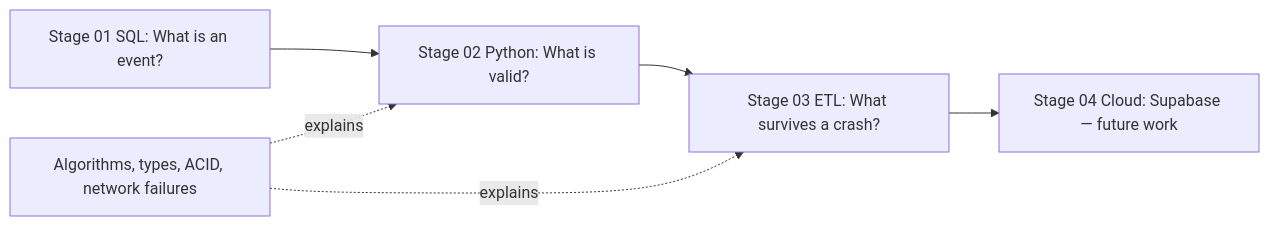
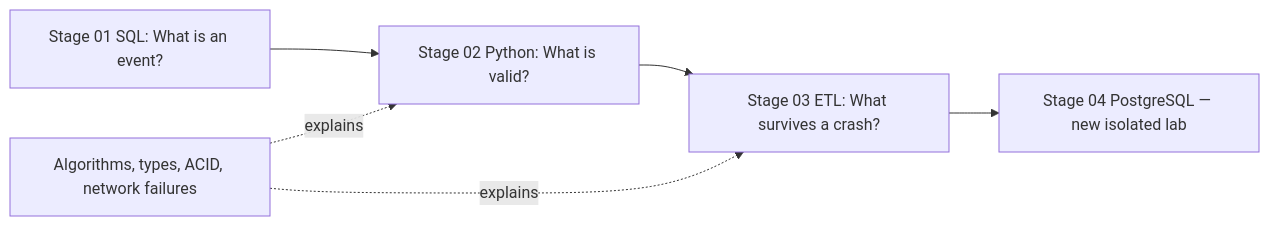
Before and after one commit to MeiRR17/data-engineering-mastery: the diagram in docs/FOUNDATIONS-LABS.he.md, drawn with Mermaid. The commit also changed 4 other files, not shown here.

Commit message:
fix(stage04): emulate Supabase bypass-RLS service role and document cloud gate

````diff
--- a/docs/FOUNDATIONS-LABS.he.md
+++ b/docs/FOUNDATIONS-LABS.he.md
@@ -7,8 +7,8 @@
 ```mermaid
 flowchart LR
   A[Stage 01 SQL: What is an event?] --> B[Stage 02 Python: What is valid?]
   B --> C[Stage 03 ETL: What survives a crash?]
-  C --> D[Stage 04 Cloud: Supabase — future work]
+  C --> D[Stage 04 PostgreSQL — new isolated lab]
   E[Algorithms, types, ACID, network failures] -. explains .-> B
   E -. explains .-> C
 ```
````
